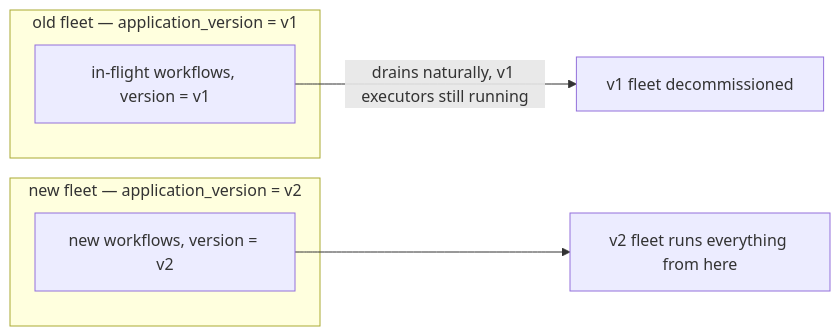
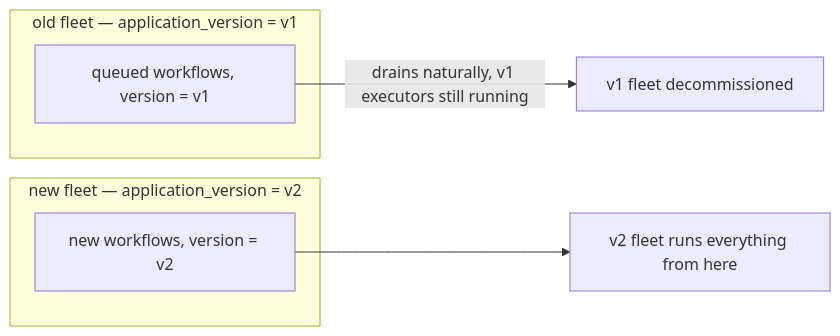
The diagram in guides/tutorials/upgrading-workflows.md (mbuhot/dbos_elixir), drawn with Mermaid before and after one commit. The commit also changed other lines of this file and 22 other files, not shown here.

````diff
--- a/guides/tutorials/upgrading-workflows.md
+++ b/guides/tutorials/upgrading-workflows.md
@@ -66,11 +115,11 @@
 ```mermaid
 flowchart LR
     subgraph "old fleet — application_version = v1"
-        A["in-flight workflows, version = v1"]
+        A["queued workflows, version = v1"]
     end
     subgraph "new fleet — application_version = v2"
         B["new workflows, version = v2"]
     end
     A -->|drains naturally, v1 executors still running| C["v1 fleet decommissioned"]
     B --> D["v2 fleet runs everything from here"]
 ```
````
